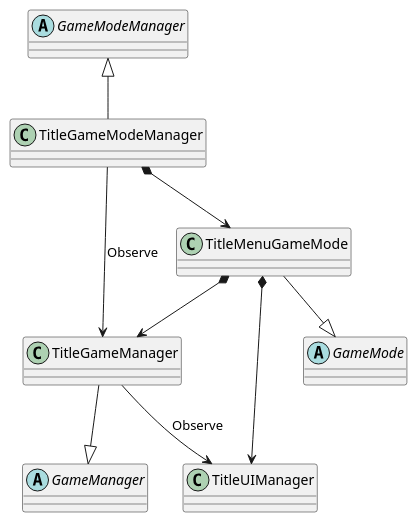
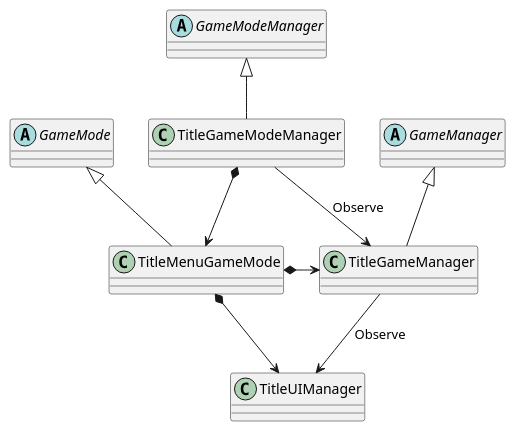
One commit to tezumozu/Unity_tests changed the diagram in Assets/Uml/Zunda/Class/TitleSceneGameManager.pu. Above: the diagram before and after it, drawn with PlantUML. The commit also changed 100 other files, not shown here.

```diff
--- a/Assets/Uml/Zunda/Class/TitleSceneGameManager.pu
+++ b/Assets/Uml/Zunda/Class/TitleSceneGameManager.pu
@@ -1,44 +1,43 @@
 @startuml タイトルシーン
 class TitleGameManager{
-
 }
 
 class TitleUIManager{
 
 }
 
 class TitleMenuGameMode{
 
 }
 
 class TitleGameModeManager{
 
 }
 
 abstract class GameMode{
 
 }
 
 abstract class GameModeManager{
 
 }
 
 abstract class GameManager{
 
 }
 
-TitleGameManager --|> GameManager
+TitleGameManager -up-|> GameManager
 TitleGameModeManager -up-|> GameModeManager
-TitleMenuGameMode --|> GameMode
+TitleMenuGameMode -up-|> GameMode
 
 TitleMenuGameMode *--> TitleUIManager
-TitleMenuGameMode *--> TitleGameManager 
+TitleMenuGameMode *-right-> TitleGameManager 
 
 TitleGameManager --> TitleUIManager : Observe
 
 TitleGameModeManager -right-> TitleGameManager : Observe
 TitleGameModeManager *--> TitleMenuGameMode
 
 
 
 @enduml
```
